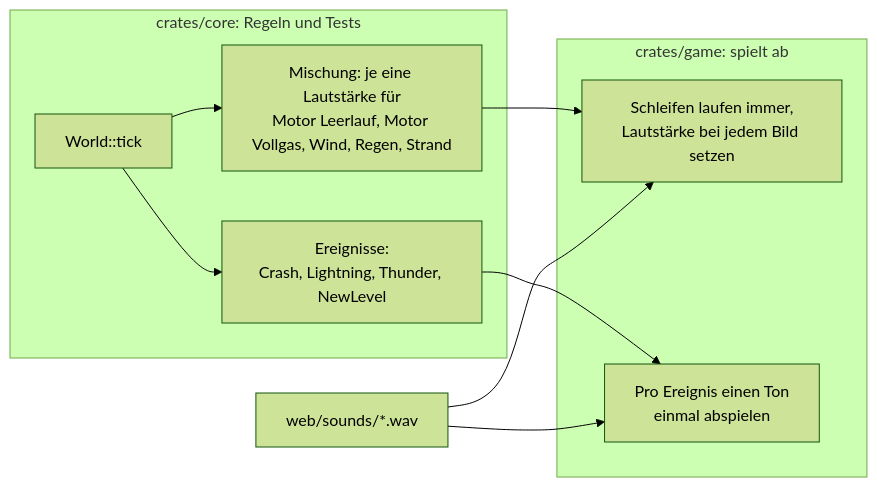
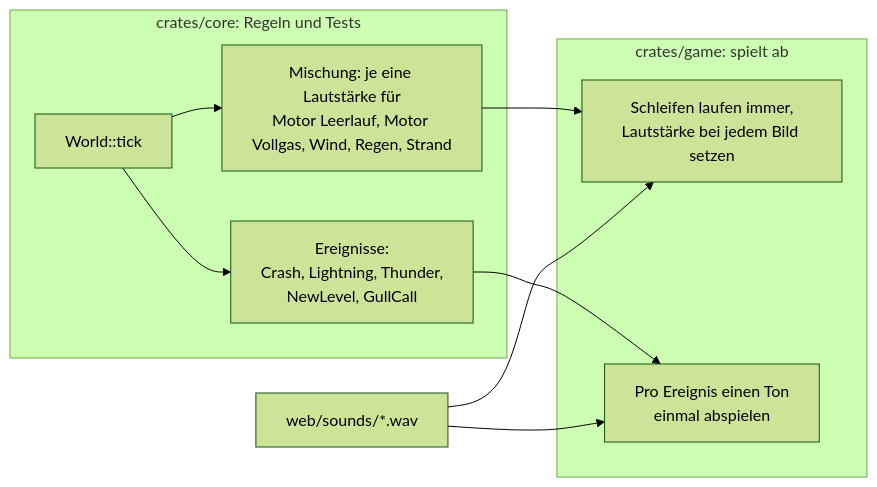
One commit to m0nstergamez/airplane-scoring changed the fourth of 9 diagrams in docs/content/de/develop.md. Above: the diagram before and after it, drawn with Mermaid (forest theme). The commit also changed other lines of this file and 16 other files, not shown here.

````diff
--- a/docs/content/de/develop.md
+++ b/docs/content/de/develop.md
@@ -110,17 +110,17 @@
 ```mermaid
 flowchart LR
     subgraph core["crates/core: Regeln und Tests"]
         W["World::tick"]
         M["Mischung: je eine Lautstärke für<br/>Motor Leerlauf, Motor Vollgas, Wind, Regen, Strand"]
-        E["Ereignisse:<br/>Crash, Lightning, Thunder, NewLevel"]
+        E["Ereignisse:<br/>Crash, Lightning, Thunder,<br/>NewLevel, GullCall"]
     end
     subgraph game["crates/game: spielt ab"]
         L["Schleifen laufen immer,<br/>Lautstärke bei jedem Bild setzen"]
         O["Pro Ereignis einen Ton<br/>einmal abspielen"]
     end
     F["web/sounds/*.wav"]
     W --> M --> L
     W --> E --> O
     F --> L
     F --> O
 ```
````
